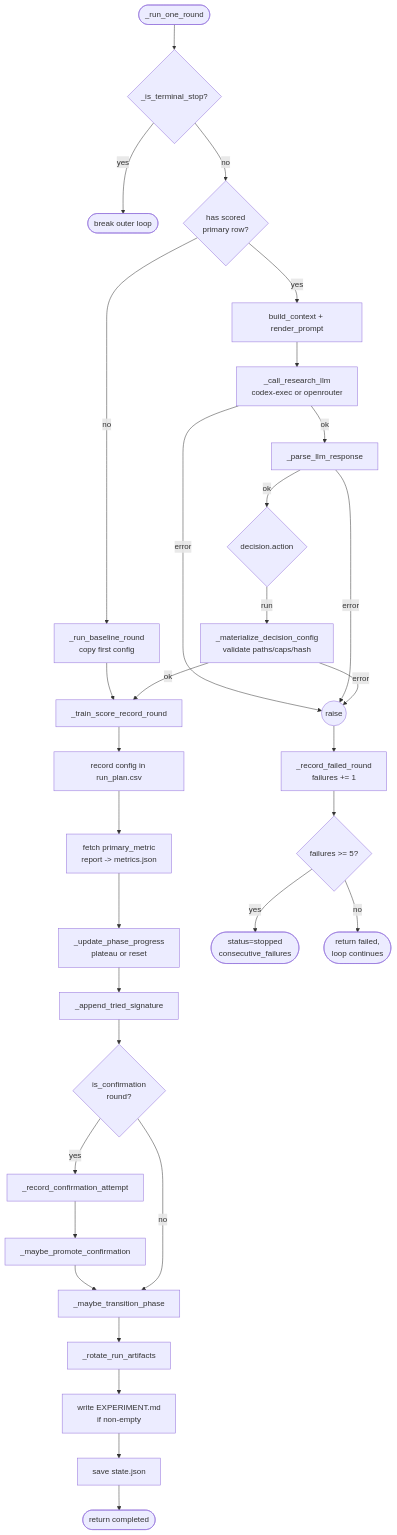
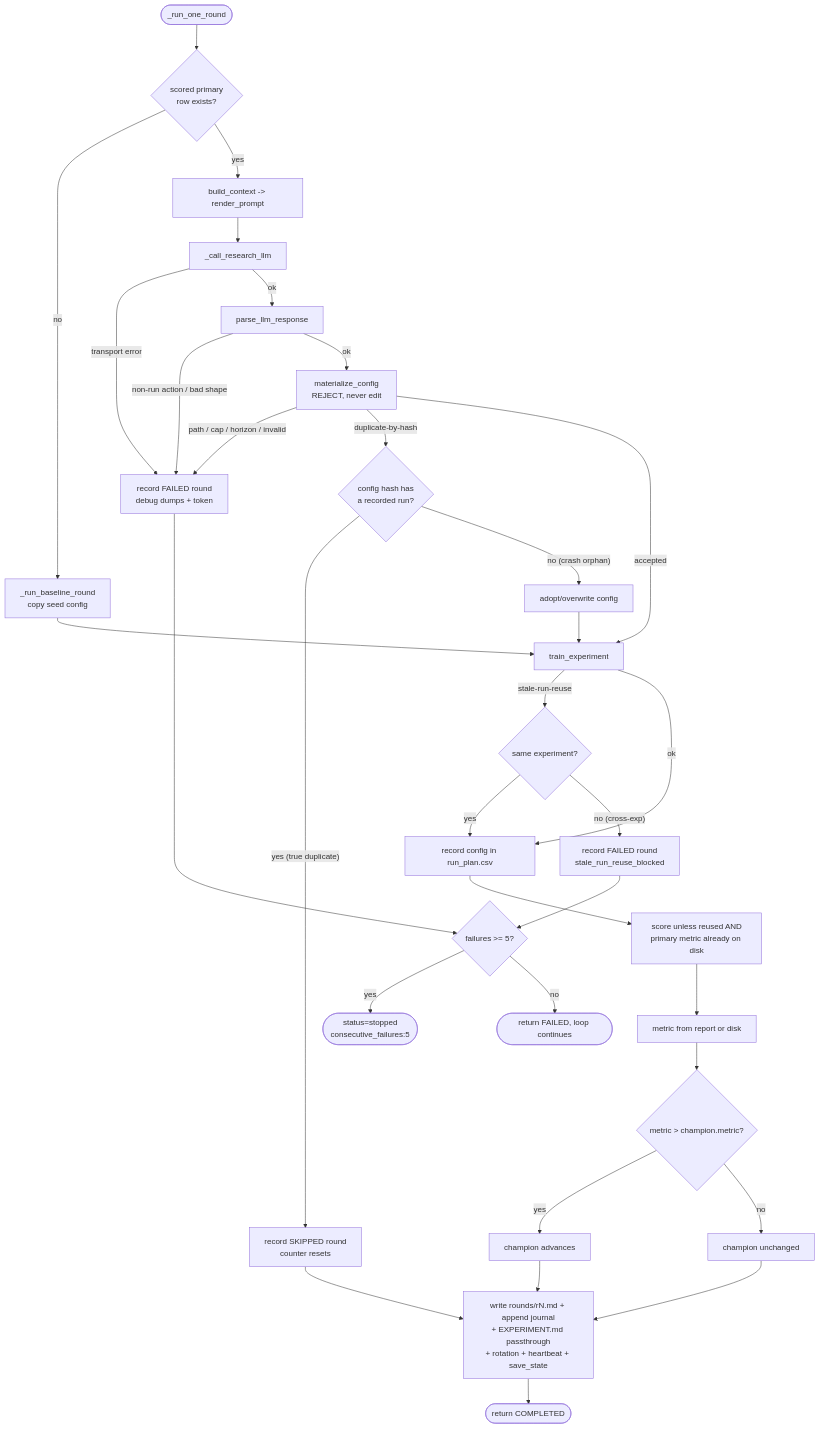
Before and after one commit to dshap474/numereng: the second of 2 diagrams in src/numereng/features/agentic_research/STATE_DIAGRAM.md, drawn with Mermaid. The commit also changed other lines of this file and 10 other files, not shown here.

````diff
--- a/src/numereng/features/agentic_research/STATE_DIAGRAM.md
+++ b/src/numereng/features/agentic_research/STATE_DIAGRAM.md
@@ -61,39 +56,41 @@
 ```mermaid
 flowchart TD
-    Start([_run_one_round]) --> CheckStop{_is_terminal_stop?}
-    CheckStop -- yes --> Break([break outer loop])
-    CheckStop -- no --> CheckBase{has scored<br/>primary row?}
+    Start([_run_one_round]) --> Base{scored primary<br/>row exists?}
 
-    CheckBase -- no --> Baseline[_run_baseline_round<br/>copy first config]
+    Base -- no --> Baseline[_run_baseline_round<br/>copy seed config]
     Baseline --> Train
 
-    CheckBase -- yes --> BuildCtx[build_context + render_prompt]
-    BuildCtx --> CallLLM[_call_research_llm<br/>codex-exec or openrouter]
-    CallLLM -- error --> RaiseExc((raise))
-    CallLLM -- ok --> ParseLLM[_parse_llm_response]
-    ParseLLM -- error --> RaiseExc
-    ParseLLM -- ok --> DecideAction{decision.action}
+    Base -- yes --> Ctx[build_context -> render_prompt]
+    Ctx --> LLM[_call_research_llm]
+    LLM -- transport error --> Fail[record FAILED round<br/>debug dumps + token]
+    LLM -- ok --> Parse[parse_llm_response]
+    Parse -- non-run action / bad shape --> Fail
+    Parse -- ok --> Mat[materialize_config<br/>REJECT, never edit]
 
-    DecideAction -- run --> Mat[_materialize_decision_config<br/>validate paths/caps/hash]
-    Mat -- error --> RaiseExc
-    Mat -- ok --> Train[_train_score_record_round]
+    Mat -- path / cap / horizon / invalid --> Fail
+    Mat -- duplicate-by-hash --> Dedup{config hash has<br/>a recorded run?}
+    Dedup -- yes (true duplicate) --> Skip[record SKIPPED round<br/>counter resets]
+    Dedup -- no (crash orphan) --> Adopt[adopt/overwrite config] --> Train
 
-    Train --> RecordPlan[record config in run_plan.csv]
-    RecordPlan --> Metric[fetch primary_metric<br/>report -> metrics.json]
-    Metric --> UpdatePhase[_update_phase_progress<br/>plateau or reset]
-    UpdatePhase --> Sig[_append_tried_signature]
-    Sig --> Conf{is_confirmation<br/>round?}
-    Conf -- yes --> RecConf[_record_confirmation_attempt]
-    RecConf --> MaybePromote[_maybe_promote_confirmation]
-    MaybePromote --> Trans
-    Conf -- no --> Trans[_maybe_transition_phase]
-    Trans --> Rotate[_rotate_run_artifacts]
-    Rotate --> WriteMd2[write EXPERIMENT.md<br/>if non-empty]
-    WriteMd2 --> SaveState[save state.json]
-    SaveState --> EndRun([return completed])
+    Mat -- accepted --> Train[train_experiment]
+    Train -- stale-run-reuse --> Reuse{same experiment?}
+    Reuse -- yes --> RecordPlan
+    Reuse -- no (cross-exp) --> Fail2[record FAILED round<br/>stale_run_reuse_blocked]
+    Train -- ok --> RecordPlan[record config in run_plan.csv]
 
-    RaiseExc --> Fail[_record_failed_round<br/>failures += 1]
-    Fail --> CheckBail{failures &gt;= 5?}
-    CheckBail -- yes --> FailBail([status=stopped<br/>consecutive_failures])
-    CheckBail -- no --> EndFail([return failed,<br/>loop continues])
+    RecordPlan --> Score[score unless reused AND<br/>primary metric already on disk]
+    Score --> Metric[metric from report or disk]
+    Metric --> Champ{metric > champion.metric?}
+    Champ -- yes --> Advance[champion advances]
+    Champ -- no --> Keep[champion unchanged]
+
+    Advance --> Persist
+    Keep --> Persist[write rounds/rN.md + append journal<br/>+ EXPERIMENT.md passthrough<br/>+ rotation + heartbeat + save_state]
+    Persist --> Done([return COMPLETED])
+
+    Skip --> Persist
+    Fail --> CheckBail{failures >= 5?}
+    Fail2 --> CheckBail
+    CheckBail -- yes --> Bail([status=stopped<br/>consecutive_failures:5])
+    CheckBail -- no --> DoneFail([return FAILED, loop continues])
 ```
````
